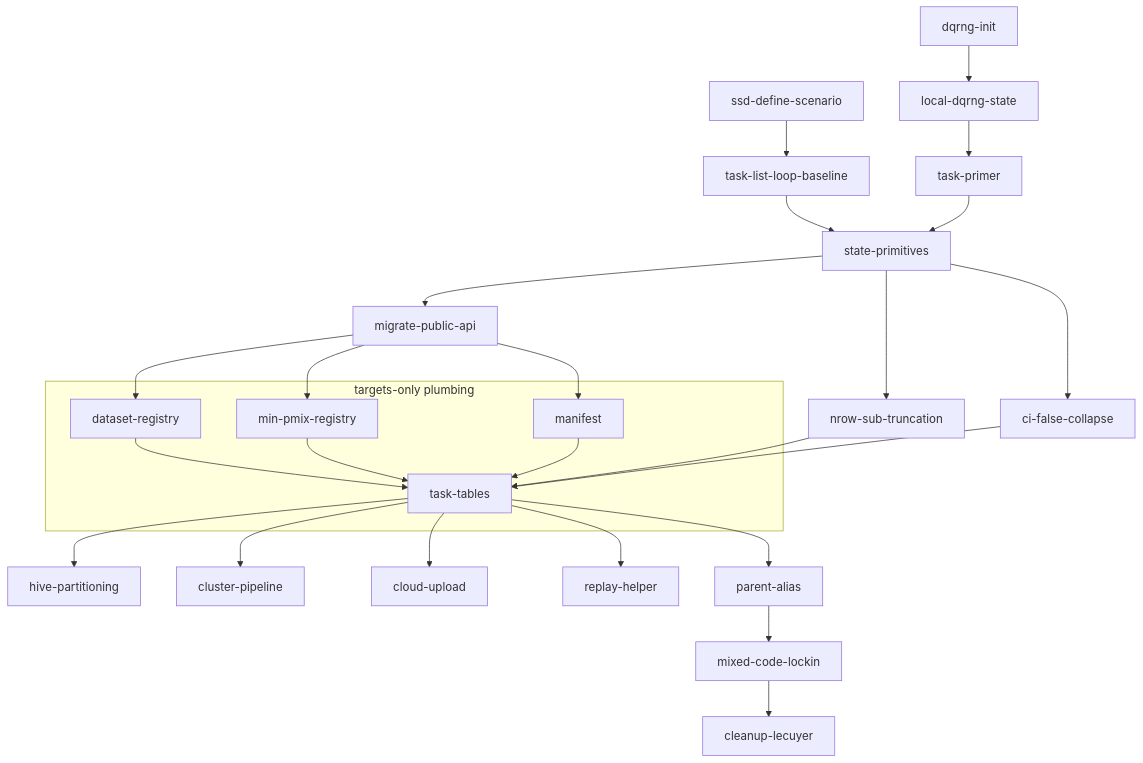
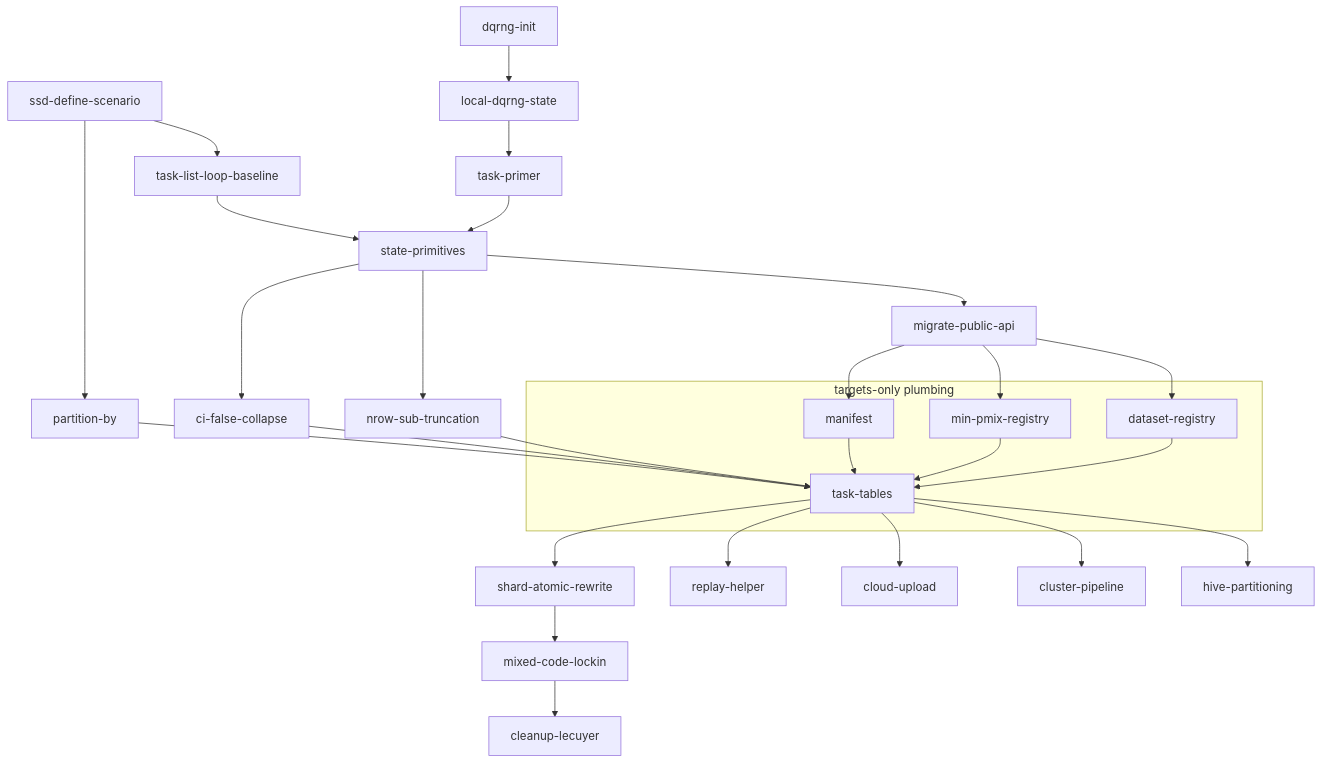
The diagram in TARGETS-DESIGN.md (poissonconsulting/ssdsims), drawn with Mermaid before and after one commit. The commit also changed other lines of this file and 1 other file, not shown here.

````diff
--- a/TARGETS-DESIGN.md
+++ b/TARGETS-DESIGN.md
@@ -1327,55 +1439,58 @@
 ```mermaid
 flowchart TD
     define[ssd-define-scenario]
     baseline[task-list-loop-baseline]
     dqinit[dqrng-init]
     dqstate[local-dqrng-state]
     primer[task-primer]
     prims[state-primitives]
     migrate[migrate-public-api]
     nrow[nrow-sub-truncation]
     ci[ci-false-collapse]
+    partby[partition-by]
 
     subgraph targets [targets-only plumbing]
         dsreg[dataset-registry]
         pmreg[min-pmix-registry]
         manif[manifest]
         tt[task-tables]
         dsreg --> tt
         pmreg --> tt
         manif --> tt
     end
 
     hive[hive-partitioning]
     cluster[cluster-pipeline]
     cloud[cloud-upload]
     replay[replay-helper]
-    alias[parent-alias]
+    rewrite[shard-atomic-rewrite]
     lockin[mixed-code-lockin]
     cleanup[cleanup-lecuyer]
 
     define --> baseline
+    define --> partby
     dqinit --> dqstate
     dqstate --> primer
     baseline --> prims
     primer --> prims
 
     prims --> migrate
     prims --> nrow
     prims --> ci
 
     migrate --> dsreg
     migrate --> pmreg
     migrate --> manif
     nrow --> tt
     ci --> tt
+    partby --> tt
 
     tt --> hive
     tt --> cluster
     tt --> cloud
     tt --> replay
-    tt --> alias
+    tt --> rewrite
 
-    alias --> lockin
+    rewrite --> lockin
     lockin --> cleanup
 ```
````
